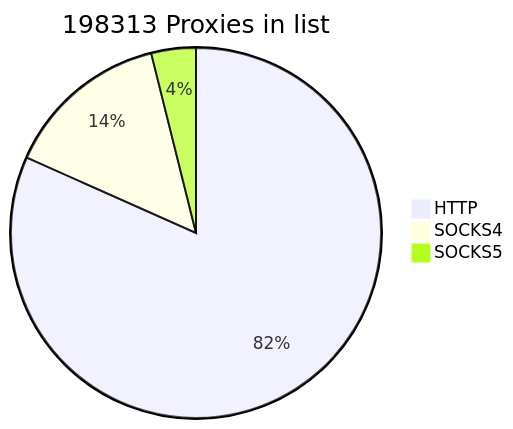
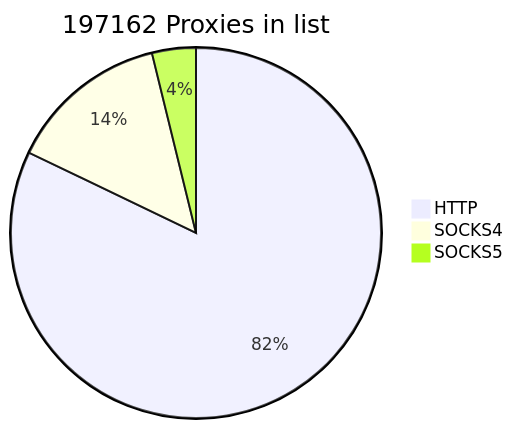
One commit to cutipu/proxylist changed the first of 2 diagrams in README.md. Above: the diagram before and after it, drawn with Mermaid. The commit also changed other lines of this file, not shown here.

````diff
--- a/README.md
+++ b/README.md
@@ -2,7 +2,7 @@
 ```mermaid
-pie title 198313 Proxies in list
-    "HTTP" : 161966
-    "SOCKS4" : 28630
-    "SOCKS5" : 7717
+pie title 197162 Proxies in list
+    "HTTP" : 161941
+    "SOCKS4" : 27678
+    "SOCKS5" : 7543
             
 ```
````
